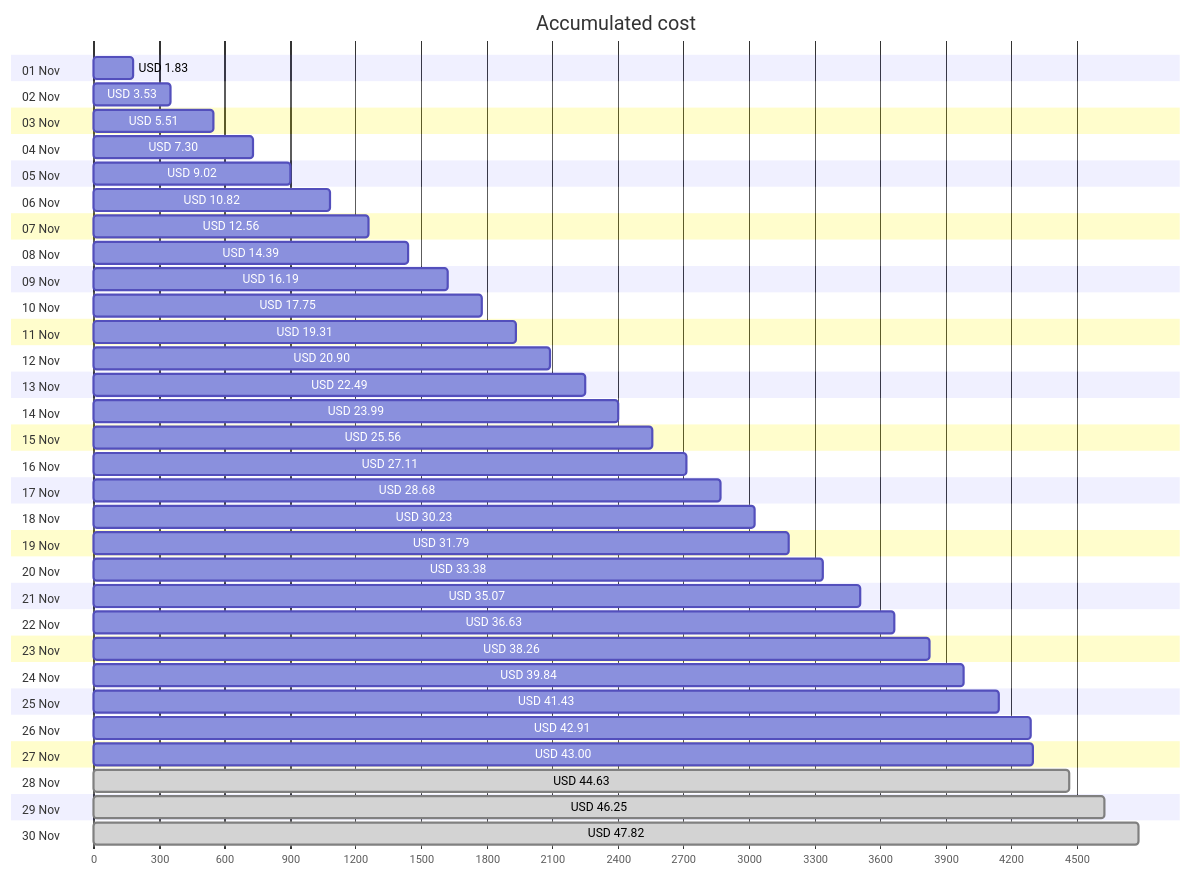
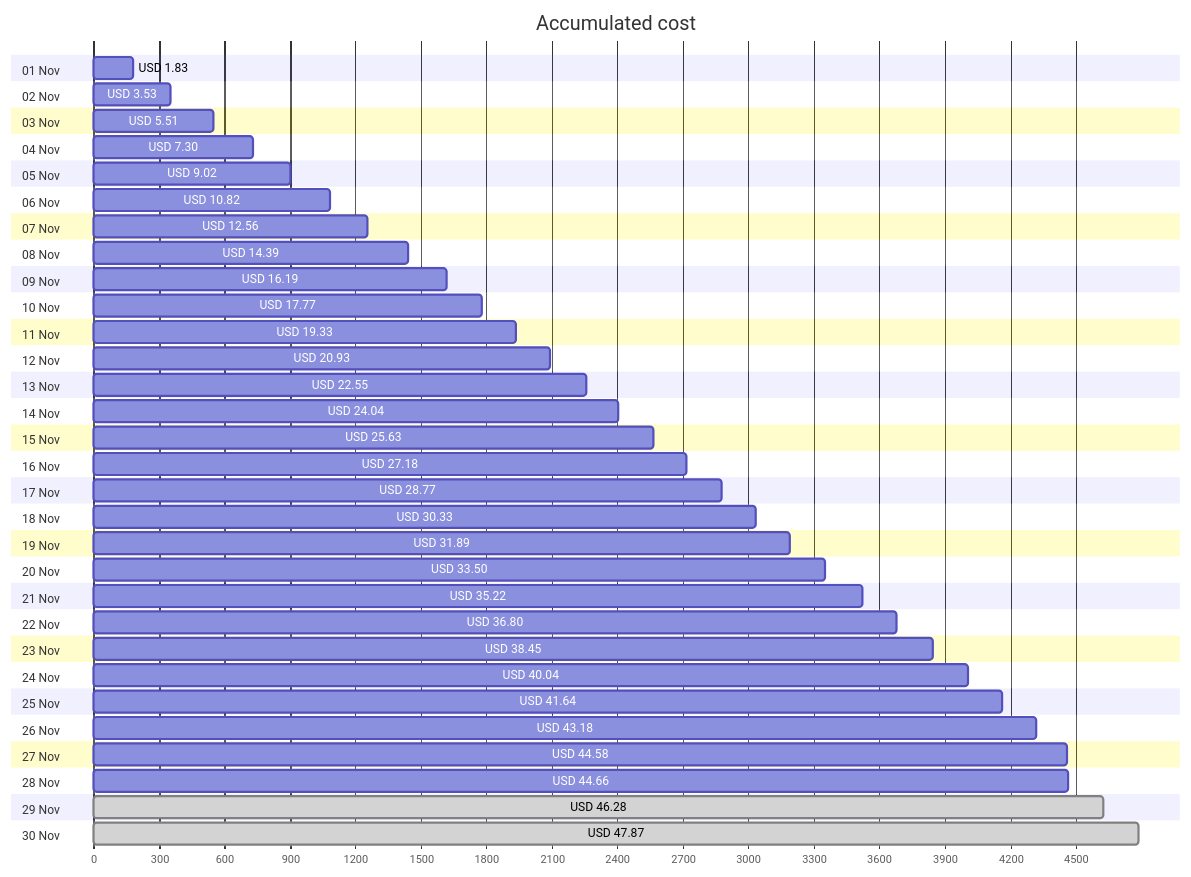
The first of 4 diagrams in cost-reports/personal-network/README.md (jpfulton/azure-personal-reports), drawn with Mermaid before and after one commit. The commit also changed other lines of this file and 8 other files, not shown here.

````diff
--- a/cost-reports/personal-network/README.md
+++ b/cost-reports/personal-network/README.md
@@ -20,66 +20,66 @@
 ```mermaid
 gantt
    title Accumulated cost
    dateFormat  X
    axisFormat %s
    section 01 Nov
    USD 1.83 :0, 183
    section 02 Nov
    USD 3.53 :0, 353
    section 03 Nov
    USD 5.51 :0, 551
    section 04 Nov
    USD 7.30 :0, 730
    section 05 Nov
    USD 9.02 :0, 902
    section 06 Nov
    USD 10.82 :0, 1082
    section 07 Nov
    USD 12.56 :0, 1256
    section 08 Nov
    USD 14.39 :0, 1439
    section 09 Nov
    USD 16.19 :0, 1619
    section 10 Nov
-   USD 17.75 :0, 1775
+   USD 17.77 :0, 1777
    section 11 Nov
-   USD 19.31 :0, 1931
+   USD 19.33 :0, 1933
    section 12 Nov
-   USD 20.90 :0, 2090
+   USD 20.93 :0, 2093
    section 13 Nov
-   USD 22.49 :0, 2249
+   USD 22.55 :0, 2255
    section 14 Nov
-   USD 23.99 :0, 2399
+   USD 24.04 :0, 2404
    section 15 Nov
-   USD 25.56 :0, 2556
+   USD 25.63 :0, 2563
    section 16 Nov
-   USD 27.11 :0, 2711
+   USD 27.18 :0, 2718
    section 17 Nov
-   USD 28.68 :0, 2868
+   USD 28.77 :0, 2877
    section 18 Nov
-   USD 30.23 :0, 3023
+   USD 30.33 :0, 3033
    section 19 Nov
-   USD 31.79 :0, 3179
+   USD 31.89 :0, 3189
    section 20 Nov
-   USD 33.38 :0, 3338
+   USD 33.50 :0, 3350
    section 21 Nov
-   USD 35.07 :0, 3507
+   USD 35.22 :0, 3522
    section 22 Nov
-   USD 36.63 :0, 3663
+   USD 36.80 :0, 3680
    section 23 Nov
-   USD 38.26 :0, 3826
+   USD 38.45 :0, 3845
    section 24 Nov
-   USD 39.84 :0, 3984
+   USD 40.04 :0, 4004
    section 25 Nov
-   USD 41.43 :0, 4143
+   USD 41.64 :0, 4164
    section 26 Nov
-   USD 42.91 :0, 4291
+   USD 43.18 :0, 4318
    section 27 Nov
-   USD 43.00 :0, 4300
+   USD 44.58 :0, 4458
    section 28 Nov
-   USD 44.63 : done, 0, 4463
+   USD 44.66 :0, 4466
    section 29 Nov
-   USD 46.25 : done, 0, 4625
+   USD 46.28 : done, 0, 4628
    section 30 Nov
-   USD 47.82 : done, 0, 4782
+   USD 47.87 : done, 0, 4787
 ```
````
